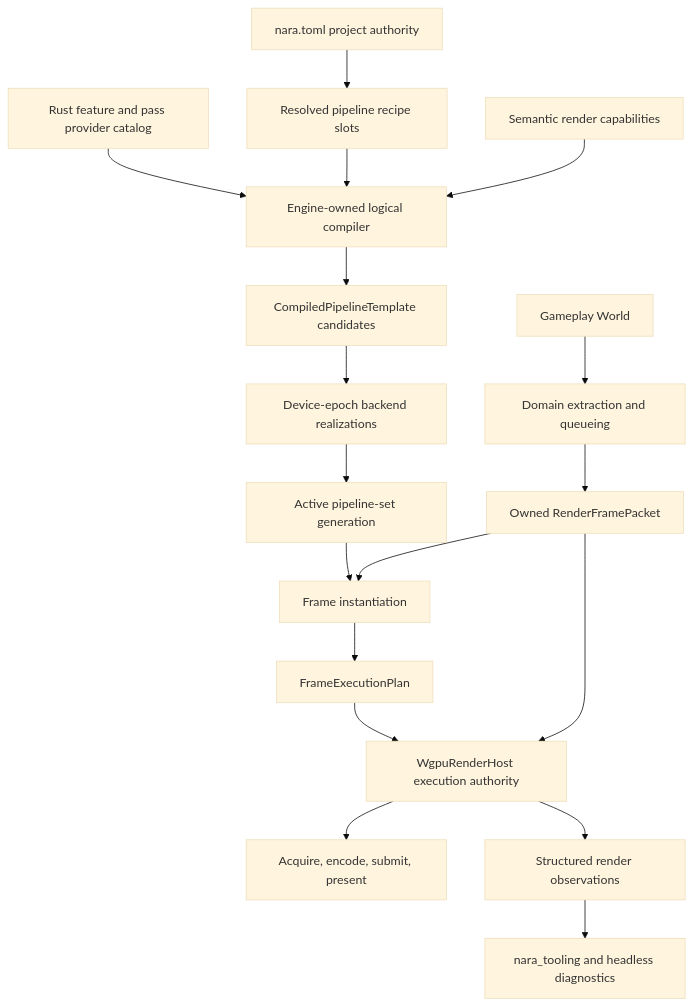
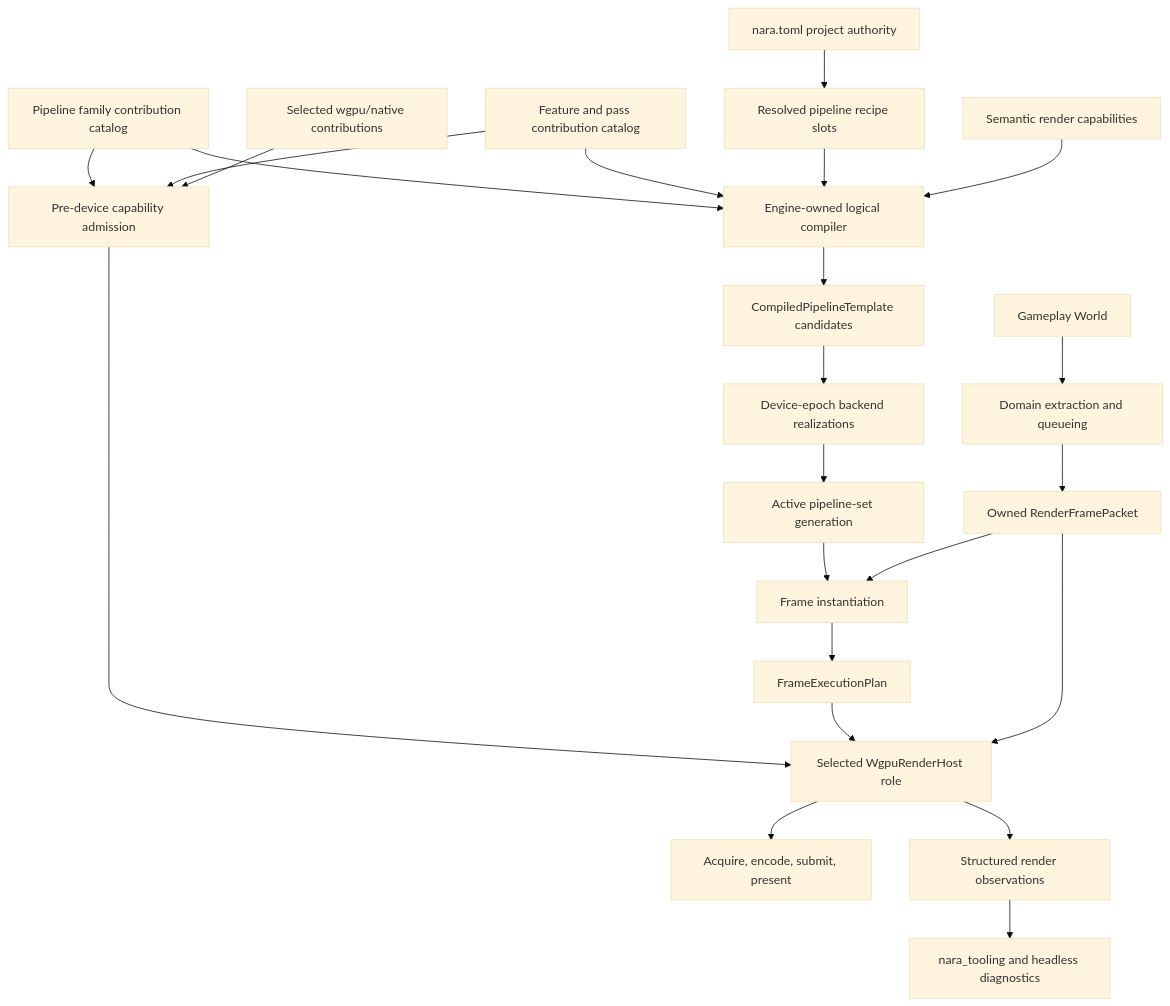
The diagram in docs/architecture/adr/0077-render-pipeline-recipes-graph-compilation-and-backend-encoding.md (Latias94/nara), drawn with Mermaid (base theme) before and after one commit. The commit also changed other lines of this file and 13 other files, not shown here.

First line of the commit message:
docs(architecture): define renderer extension authority

````diff
--- a/docs/architecture/adr/0077-render-pipeline-recipes-graph-compilation-and-backend-encoding.md
+++ b/docs/architecture/adr/0077-render-pipeline-recipes-graph-compilation-and-backend-encoding.md
@@ -61,20 +68,25 @@
 ```mermaid
 flowchart TD
     World[Gameplay World] --> Extract[Domain extraction and queueing]
     Extract --> Packet[Owned RenderFramePacket]
     Project[nara.toml project authority] --> Recipe[Resolved pipeline recipe slots]
-    Providers[Rust feature and pass provider catalog] --> Compiler
+    Families[Pipeline family contribution catalog] --> Compiler
+    Providers[Feature and pass contribution catalog] --> Compiler
     Recipe --> Compiler[Engine-owned logical compiler]
     Caps[Semantic render capabilities] --> Compiler
     Compiler --> Candidate[CompiledPipelineTemplate candidates]
+    Families --> DevicePlan[Pre-device capability admission]
+    Providers --> DevicePlan
+    Interop[Selected wgpu/native contributions] --> DevicePlan
+    DevicePlan --> Host
     Candidate --> Realize[Device-epoch backend realizations]
     Realize --> Active[Active pipeline-set generation]
     Active --> Instantiate[Frame instantiation]
     Packet --> Instantiate
     Instantiate --> Plan[FrameExecutionPlan]
-    Plan --> Host[WgpuRenderHost execution authority]
+    Plan --> Host[Selected WgpuRenderHost role]
     Packet --> Host
     Host --> Target[Acquire, encode, submit, present]
     Host --> Observation[Structured render observations]
     Observation --> Tooling[nara_tooling and headless diagnostics]
 ```
````
